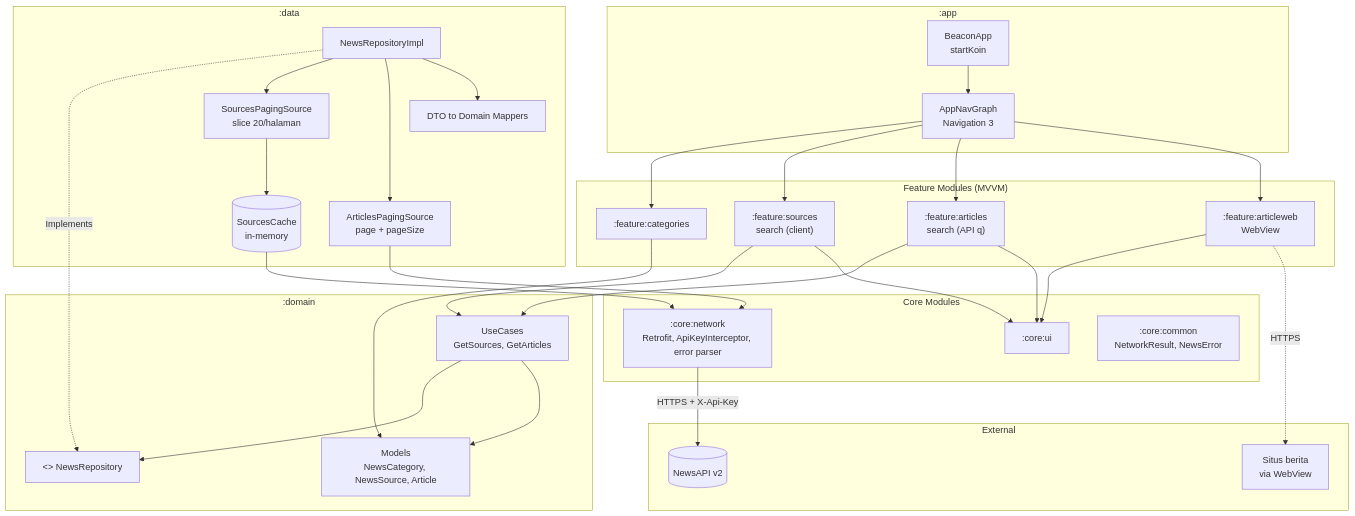
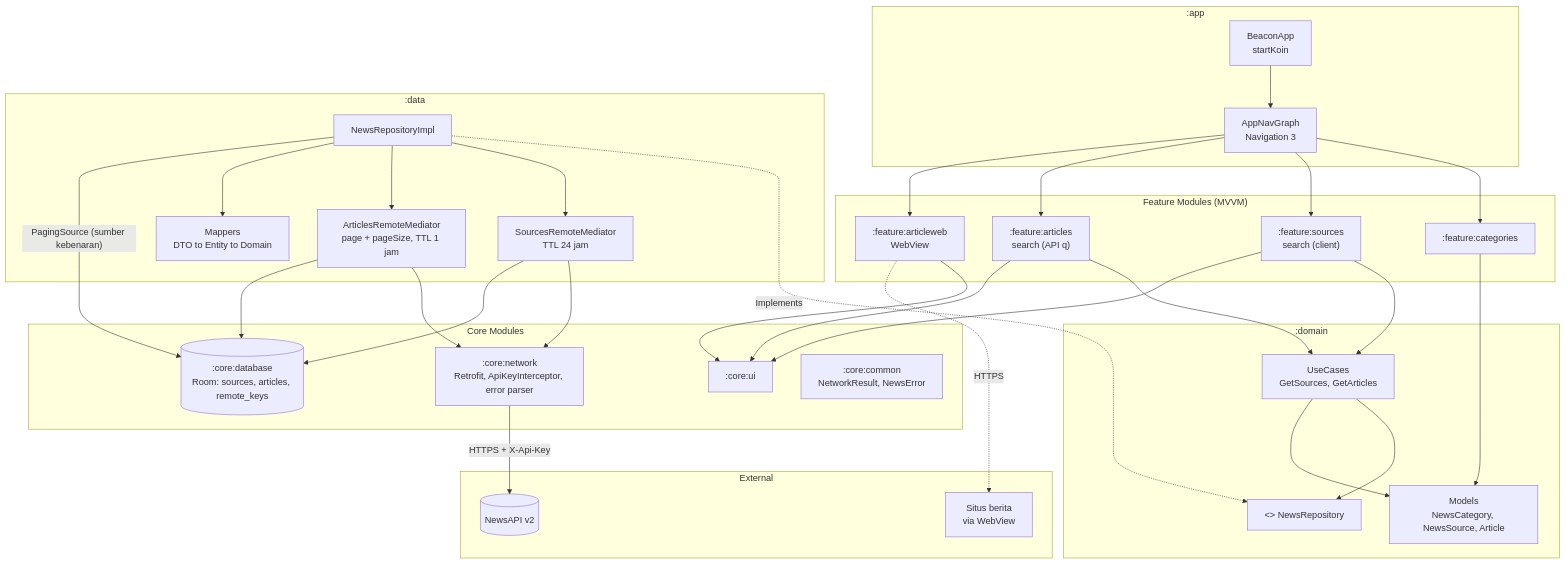
Before and after one commit to halimjr11/beacon: the first of 6 diagrams in docs/architecture_engineering_decisions.md, drawn with Mermaid. The commit also changed other lines of this file and 29 other files, not shown here.

````diff
--- a/docs/architecture_engineering_decisions.md
+++ b/docs/architecture_engineering_decisions.md
@@ -36,62 +38,64 @@
 ```mermaid
 graph TD
     subgraph AppShell [":app"]
         APP[BeaconApp<br/>startKoin]
         NAV[AppNavGraph<br/>Navigation 3]
     end
 
     subgraph FeatureLayer ["Feature Modules (MVVM)"]
         F_CAT[":feature:categories"]
         F_SRC[":feature:sources<br/>search (client)"]
         F_ART[":feature:articles<br/>search (API q)"]
         F_WEB[":feature:articleweb<br/>WebView"]
     end
 
     subgraph DomainLayer [":domain"]
         UC[UseCases<br/>GetSources, GetArticles]
         REPO_INT["<<interface>> NewsRepository"]
         MODELS[Models<br/>NewsCategory, NewsSource, Article]
         UC --> REPO_INT
         UC --> MODELS
     end
 
     subgraph DataLayer [":data"]
         REPO_IMPL[NewsRepositoryImpl]
-        CACHE[(SourcesCache<br/>in-memory)]
-        P_SRC[SourcesPagingSource<br/>slice 20/halaman]
-        P_ART[ArticlesPagingSource<br/>page + pageSize]
-        MAPPER[DTO to Domain Mappers]
+        MED_SRC[SourcesRemoteMediator<br/>TTL 24 jam]
+        MED_ART[ArticlesRemoteMediator<br/>page + pageSize, TTL 1 jam]
+        MAPPER[Mappers<br/>DTO to Entity to Domain]
         REPO_IMPL -.->|Implements| REPO_INT
-        REPO_IMPL --> P_SRC
-        REPO_IMPL --> P_ART
-        P_SRC --> CACHE
+        REPO_IMPL --> MED_SRC
+        REPO_IMPL --> MED_ART
         REPO_IMPL --> MAPPER
     end
 
     subgraph CoreLayer ["Core Modules"]
         C_NET[":core:network<br/>Retrofit, ApiKeyInterceptor, error parser"]
+        C_DB[(":core:database<br/>Room: sources, articles, remote_keys")]
         C_UI[":core:ui"]
         C_COM[":core:common<br/>NetworkResult, NewsError"]
     end
 
     subgraph External ["External"]
         NEWS[(NewsAPI v2)]
         WEB[Situs berita<br/>via WebView]
     end
 
     APP --> NAV
     NAV --> F_CAT
     NAV --> F_SRC
     NAV --> F_ART
     NAV --> F_WEB
     F_SRC --> UC
     F_ART --> UC
     F_CAT --> MODELS
     F_SRC --> C_UI
     F_ART --> C_UI
     F_WEB --> C_UI
-    CACHE --> C_NET
-    P_ART --> C_NET
+    MED_SRC --> C_NET
+    MED_ART --> C_NET
+    MED_SRC --> C_DB
+    MED_ART --> C_DB
+    REPO_IMPL -->|"PagingSource (sumber kebenaran)"| C_DB
     C_NET -->|HTTPS + X-Api-Key| NEWS
     F_WEB -.->|HTTPS| WEB
 ```
````
